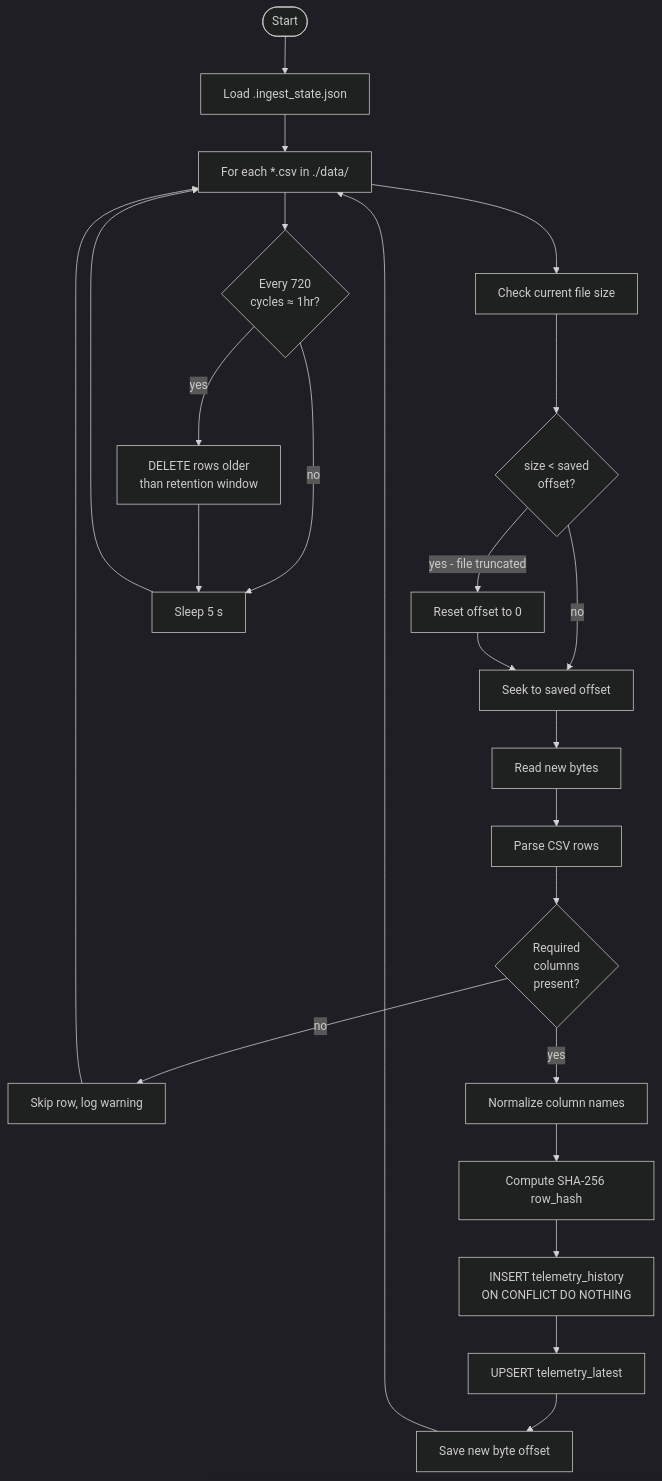
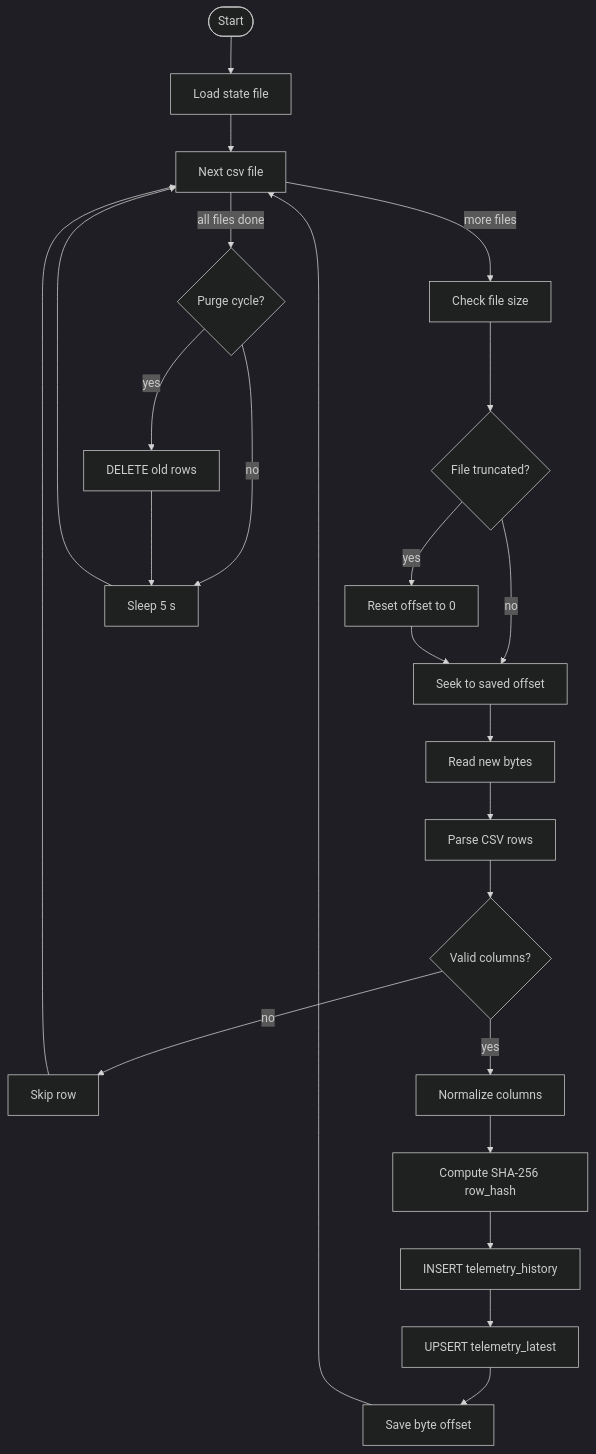
One commit to kushalmae/posgres_grafana_project changed the diagram in wiki/04-ingestion-engine.md. Above: the diagram before and after it, drawn with Mermaid (dark theme). The commit also changed 2 other files, not shown here.

Commit message:
Fix Mermaid syntax errors that prevented GitHub rendering
- erDiagram: remove \n from relationship label (invalid syntax)
- sequenceDiagram: fix participant alias starting with . (parser break)
- flowchart: replace unquoted < in decision label (treated as HTML tag)
- flowchart: remove unicode ≈ and × (encoding issues in GitHub renderer)
- flowchart: restructure loop so one node does not fork to both file
  processing and purge check simultaneously (ambiguous topology)
- data volume model: replace broken graph LR with plain text calculation

https://claude.ai/code/session_01P7umoWzyVV5cWq2RKeKeki

````diff
--- a/wiki/04-ingestion-engine.md
+++ b/wiki/04-ingestion-engine.md
@@ -15,30 +15,29 @@
 ```mermaid
 flowchart TD
-    A([Start]) --> B[Load .ingest_state.json]
-    B --> C[For each *.csv in ./data/]
+    A([Start]) --> B[Load state file]
+    B --> LOOP[Next csv file]
 
-    C --> D[Check current file size]
-    D --> E{size < saved\noffset?}
-    E -->|yes - file truncated| F[Reset offset to 0]
+    LOOP -->|more files| D[Check file size]
+    D --> E{File truncated?}
+    E -->|yes| F[Reset offset to 0]
     E -->|no| G[Seek to saved offset]
     F --> G
 
     G --> H[Read new bytes]
     H --> I[Parse CSV rows]
-    I --> J{Required\ncolumns\npresent?}
-    J -->|no| K[Skip row, log warning]
-    J -->|yes| L[Normalize column names]
+    I --> J{Valid columns?}
+    J -->|no| K[Skip row]
+    J -->|yes| L[Normalize columns]
     L --> M[Compute SHA-256 row_hash]
-    M --> N[INSERT telemetry_history\nON CONFLICT DO NOTHING]
+    M --> N[INSERT telemetry_history]
     N --> O[UPSERT telemetry_latest]
-    O --> P[Save new byte offset]
+    O --> P[Save byte offset]
+    P --> LOOP
+    K --> LOOP
 
-    P --> C
-    K --> C
-
-    C --> Q{Every 720\ncycles ≈ 1hr?}
-    Q -->|yes| R[DELETE rows older\nthan retention window]
+    LOOP -->|all files done| Q{Purge cycle?}
+    Q -->|yes| R[DELETE old rows]
     Q -->|no| S[Sleep 5 s]
     R --> S
-    S --> C
+    S --> LOOP
 ```
````
